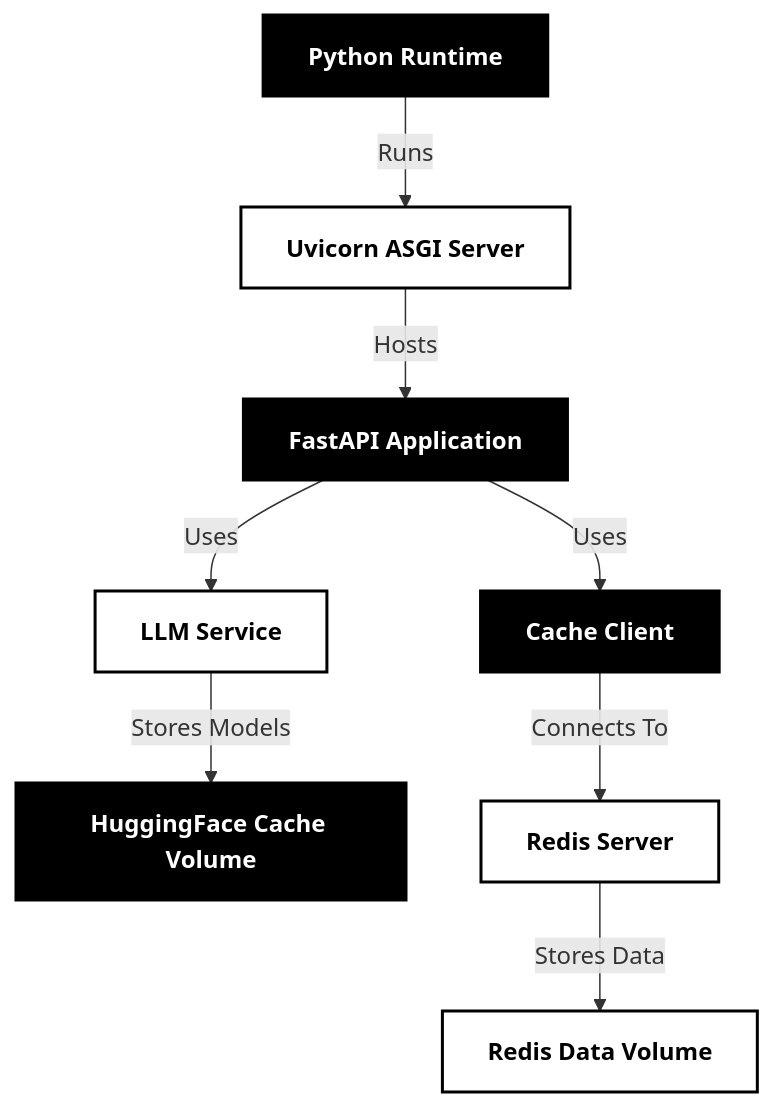
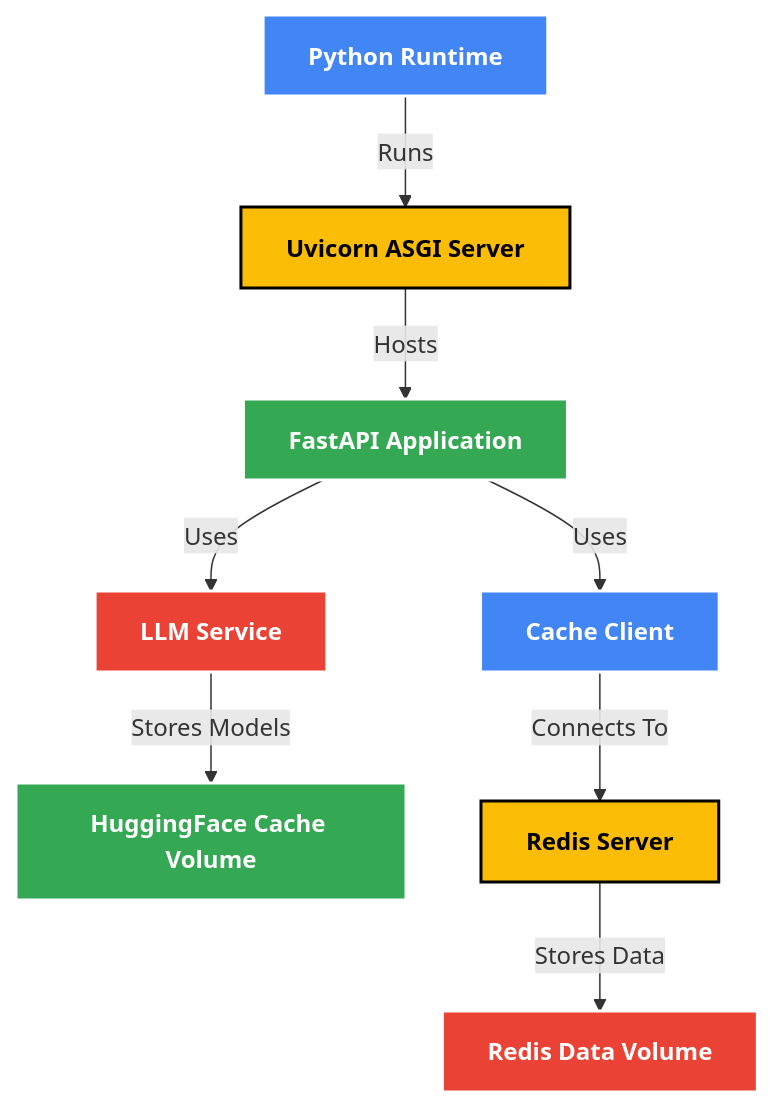
Before and after one commit to SoundMindsAI/ai_examples: the fifth of 5 diagrams in An_LLM_Query_Understanding_Service/README.md, drawn with Mermaid. The commit also changed other lines of this file, not shown here.

Commit message:
Update Mermaid diagram colors to Google-style palette for better visualization

````diff
--- a/An_LLM_Query_Understanding_Service/README.md
+++ b/An_LLM_Query_Understanding_Service/README.md
@@ -194,19 +194,19 @@
 ```mermaid
 graph TB
     Python[Python Runtime] -->|Runs| Uvicorn[Uvicorn ASGI Server]
     Uvicorn -->|Hosts| FastAPI[FastAPI Application]
     FastAPI -->|Uses| LLM[LLM Service]
     FastAPI -->|Uses| Cache[Cache Client]
     LLM -->|Stores Models| Volume1[HuggingFace Cache Volume]
     Cache -->|Connects To| Redis[Redis Server]
     Redis -->|Stores Data| Volume2[Redis Data Volume]
     
-    style Python fill:black,stroke:black,stroke-width:2px,color:white,font-weight:bold
-    style Uvicorn fill:white,stroke:black,stroke-width:2px,color:black,font-weight:bold
-    style FastAPI fill:black,stroke:black,stroke-width:2px,color:white,font-weight:bold
-    style LLM fill:white,stroke:black,stroke-width:2px,color:black,font-weight:bold
-    style Cache fill:black,stroke:black,stroke-width:2px,color:white,font-weight:bold
-    style Redis fill:white,stroke:black,stroke-width:2px,color:black,font-weight:bold
-    style Volume1 fill:black,stroke:black,stroke-width:2px,color:white,font-weight:bold
-    style Volume2 fill:white,stroke:black,stroke-width:2px,color:black,font-weight:bold
+    style Python fill:#4285F4,stroke:#ffffff,stroke-width:2px,color:white,font-weight:bold
+    style Uvicorn fill:#FBBC05,stroke:#000000,stroke-width:2px,color:black,font-weight:bold
+    style FastAPI fill:#34A853,stroke:#ffffff,stroke-width:2px,color:white,font-weight:bold
+    style LLM fill:#EA4335,stroke:#ffffff,stroke-width:2px,color:white,font-weight:bold
+    style Cache fill:#4285F4,stroke:#ffffff,stroke-width:2px,color:white,font-weight:bold
+    style Redis fill:#FBBC05,stroke:#000000,stroke-width:2px,color:black,font-weight:bold
+    style Volume1 fill:#34A853,stroke:#ffffff,stroke-width:2px,color:white,font-weight:bold
+    style Volume2 fill:#EA4335,stroke:#ffffff,stroke-width:2px,color:white,font-weight:bold
 ```
````
